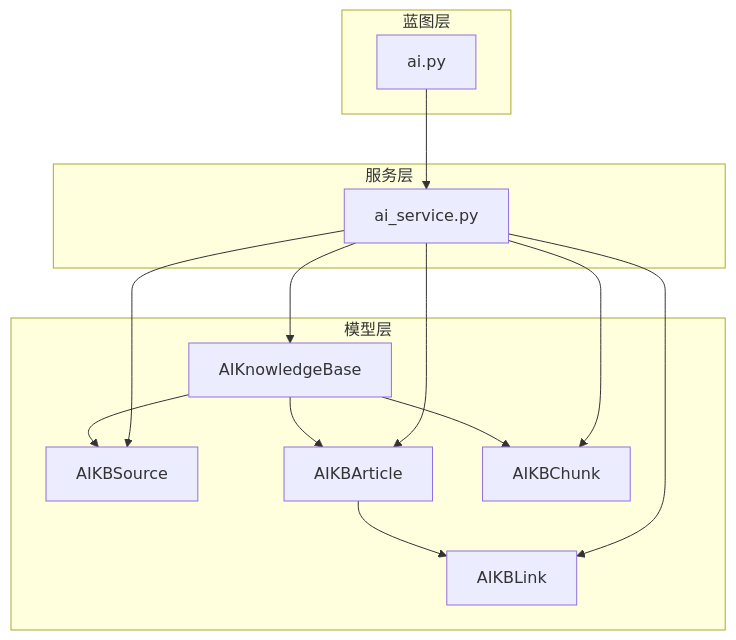
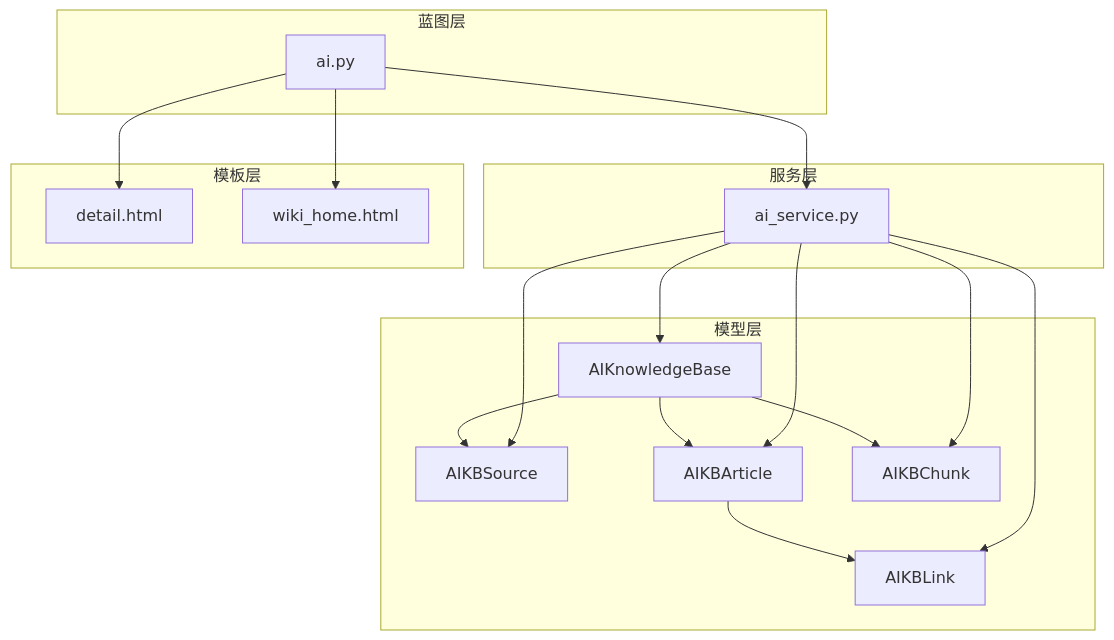
One commit to beyondalbert/my_wiki changed the first of 8 diagrams in .qoder/repowiki/zh/content/核心模块/AI知识库模块/AI知识库数据模型.md. Above: the diagram before and after it, drawn with Mermaid. The commit also changed other lines of this file and 10 other files, not shown here.

````diff
--- a/.qoder/repowiki/zh/content/核心模块/AI知识库模块/AI知识库数据模型.md
+++ b/.qoder/repowiki/zh/content/核心模块/AI知识库模块/AI知识库数据模型.md
@@ -43,26 +53,32 @@
 ```mermaid
 graph TB
 subgraph "模型层"
 AIB["AIKnowledgeBase"]
 AIS["AIKBSource"]
 AIA["AIKBArticle"]
 AIL["AIKBLink"]
 AIC["AIKBChunk"]
 end
 subgraph "服务层"
 AISvc["ai_service.py"]
 end
 subgraph "蓝图层"
 AIBp["ai.py"]
 end
+subgraph "模板层"
+AIDetail["detail.html"]
+AIHome["wiki_home.html"]
+end
 AIB --> AIS
 AIB --> AIA
 AIA --> AIL
 AIB --> AIC
 AIBp --> AISvc
 AISvc --> AIB
 AISvc --> AIS
 AISvc --> AIA
 AISvc --> AIL
 AISvc --> AIC
+AIBp --> AIDetail
+AIBp --> AIHome
 ```
````
